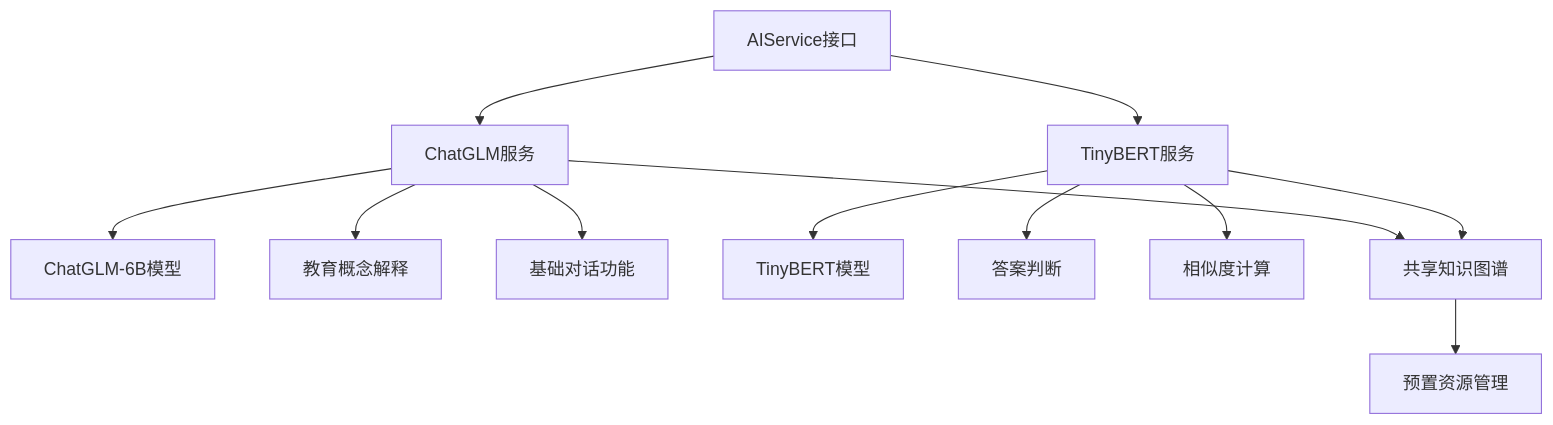
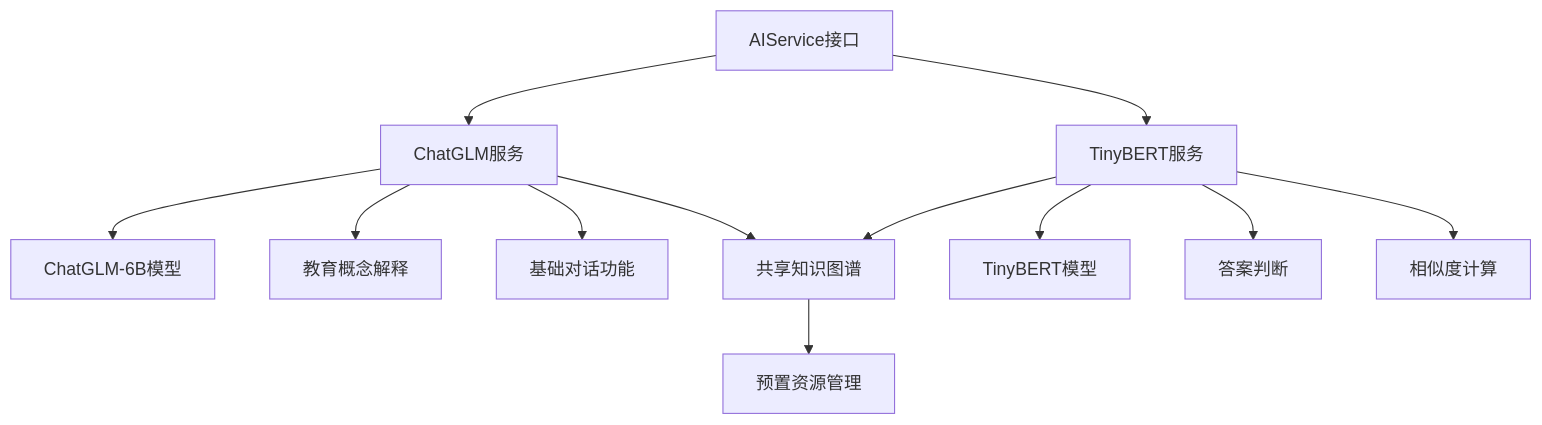
One commit to terminail/autodroid changed diagram 12 of 38 in autodroid-TeachItBack/.superpowers/design/embedded_ai_model_brainstorming_20260125.md. Above: the diagram before and after it, drawn with Mermaid. The commit also changed other lines of this file and 2 other files, not shown here.

````diff
--- a/autodroid-TeachItBack/.superpowers/design/embedded_ai_model_brainstorming_20260125.md
+++ b/autodroid-TeachItBack/.superpowers/design/embedded_ai_model_brainstorming_20260125.md
@@ -1319,17 +1467,18 @@
 ```mermaid
 graph TB
     A[AIService接口] --> B[ChatGLM服务]
     A --> C[TinyBERT服务]
     
     B --> B1[ChatGLM-6B模型]
     B --> B2[教育概念解释]
     B --> B3[基础对话功能]
+
+    B --> D[共享知识图谱]
+    D --> E[预置资源管理]
+    C --> D
     
     C --> C1[TinyBERT模型]
     C --> C2[答案判断]
     C --> C3[相似度计算]
     
-    B --> D[共享知识图谱]
-    C --> D
-    D --> E[预置资源管理]
 ```
````
